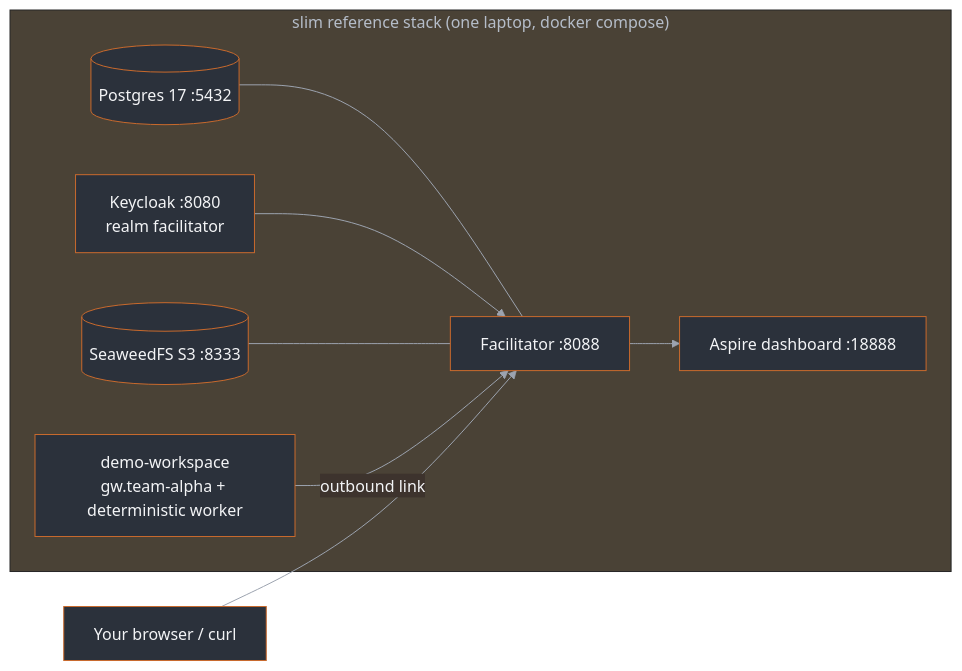
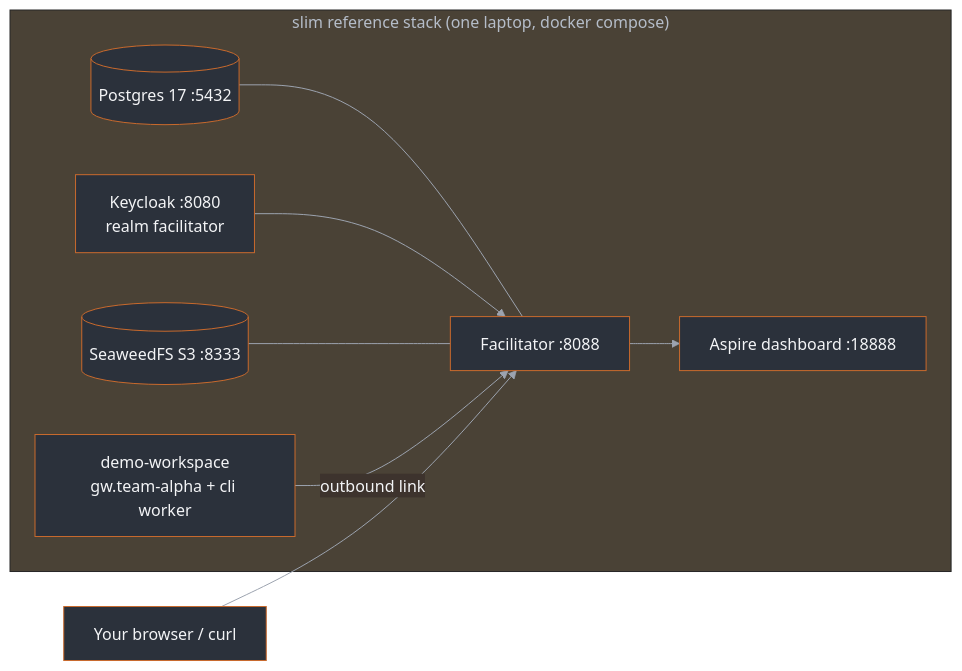
One commit to denisekart/open-facilitator changed the diagram in docs/getting-started.md. Above: the diagram before and after it, drawn with Mermaid. The commit also changed other lines of this file and 36 other files, not shown here.

````diff
--- a/docs/getting-started.md
+++ b/docs/getting-started.md
@@ -76,15 +76,15 @@
 ```mermaid title="The slim reference stack you are about to boot"
 %%{init: {"theme": "base", "themeVariables": {"primaryColor": "#2b313b",
 "primaryBorderColor": "#c96a2d", "primaryTextColor": "#f3f4f6",
 "lineColor": "#9ca3af", "secondaryColor": "#3d332d"}}}%%
 flowchart LR
   subgraph SLIM["slim reference stack (one laptop, docker compose)"]
     PG[("Postgres 17 :5432")] --- K["Facilitator :8088"]
     KC["Keycloak :8080\nrealm facilitator"] --> K
     S3[("SeaweedFS S3 :8333")] --- K
     K --> ASP["Aspire dashboard :18888"]
-    WS["demo-workspace\ngw.team-alpha + deterministic worker"]
+    WS["demo-workspace\ngw.team-alpha + cli worker"]
   end
   WS -->|"outbound link"| K
   ADMIN["Your browser / curl"] --> K
 ```
````
